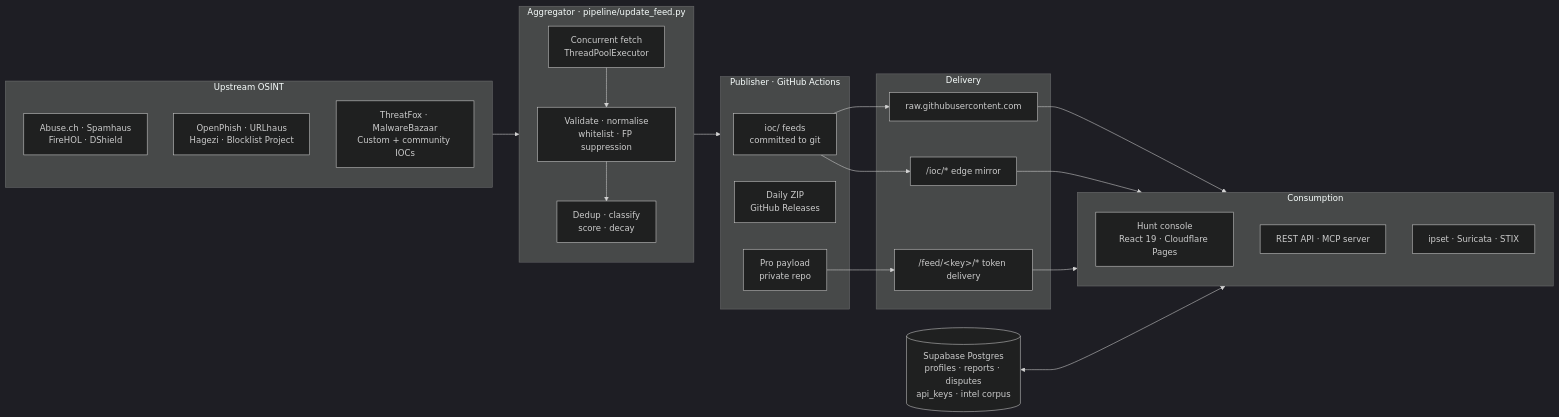
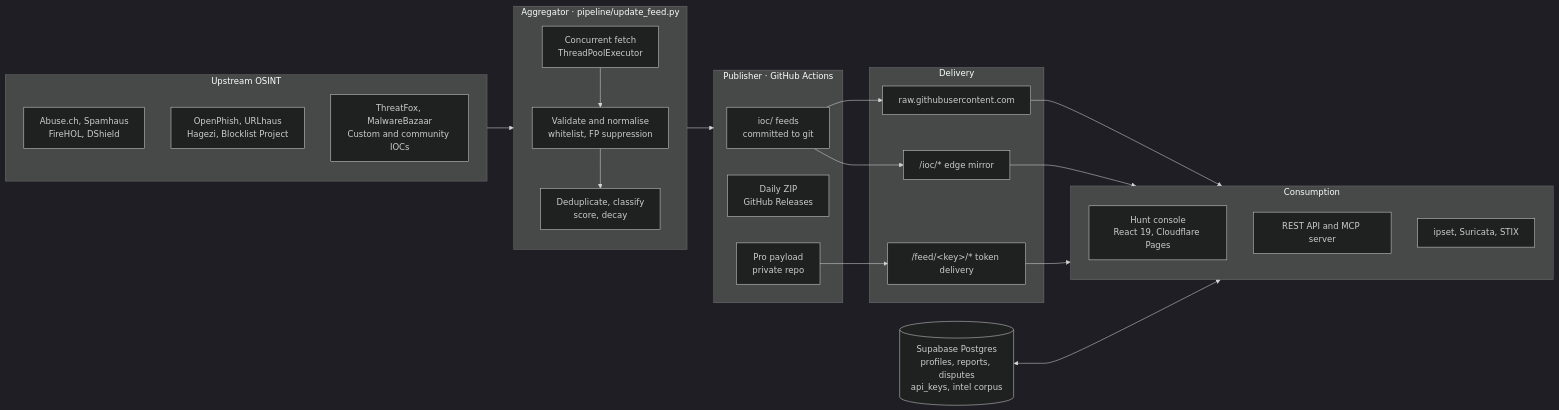
One commit to kalidada18/threatbase changed the fourth of 6 diagrams in README.md. Above: the diagram before and after it, drawn with Mermaid (dark theme). The commit also changed other lines of this file, not shown here.

````diff
--- a/README.md
+++ b/README.md
@@ -172,43 +172,43 @@
 ```mermaid
 flowchart LR
     subgraph SRC["Upstream OSINT"]
-        A1["Abuse.ch · Spamhaus<br/>FireHOL · DShield"]
-        A2["OpenPhish · URLhaus<br/>Hagezi · Blocklist Project"]
-        A3["ThreatFox · MalwareBazaar<br/>Custom + community IOCs"]
+        A1["Abuse.ch, Spamhaus<br/>FireHOL, DShield"]
+        A2["OpenPhish, URLhaus<br/>Hagezi, Blocklist Project"]
+        A3["ThreatFox, MalwareBazaar<br/>Custom and community IOCs"]
     end
 
     subgraph AGG["Aggregator · pipeline/update_feed.py"]
         B1["Concurrent fetch<br/>ThreadPoolExecutor"]
-        B2["Validate · normalise<br/>whitelist · FP suppression"]
-        B3["Dedup · classify<br/>score · decay"]
+        B2["Validate and normalise<br/>whitelist, FP suppression"]
+        B3["Deduplicate, classify<br/>score, decay"]
         B1 --> B2 --> B3
     end
 
     subgraph PUB["Publisher · GitHub Actions"]
         C1["ioc/ feeds<br/>committed to git"]
         C2["Daily ZIP<br/>GitHub Releases"]
         C3["Pro payload<br/>private repo"]
     end
 
     subgraph EDGE["Delivery"]
         D1["raw.githubusercontent.com"]
         D2["/ioc/* edge mirror"]
         D3["/feed/&lt;key&gt;/* token delivery"]
     end
 
     subgraph APP["Consumption"]
-        E1["Hunt console<br/>React 19 · Cloudflare Pages"]
-        E2["REST API · MCP server"]
-        E3["ipset · Suricata · STIX"]
+        E1["Hunt console<br/>React 19, Cloudflare Pages"]
+        E2["REST API and MCP server"]
+        E3["ipset, Suricata, STIX"]
     end
 
     SRC --> AGG
     AGG --> PUB
     C1 --> D1
     C1 --> D2
     C3 --> D3
     D1 --> APP
     D2 --> APP
     D3 --> APP
-    DB[("Supabase Postgres<br/>profiles · reports · disputes<br/>api_keys · intel corpus")] <--> APP
+    DB[("Supabase Postgres<br/>profiles, reports, disputes<br/>api_keys, intel corpus")] <--> APP
 ```
````
